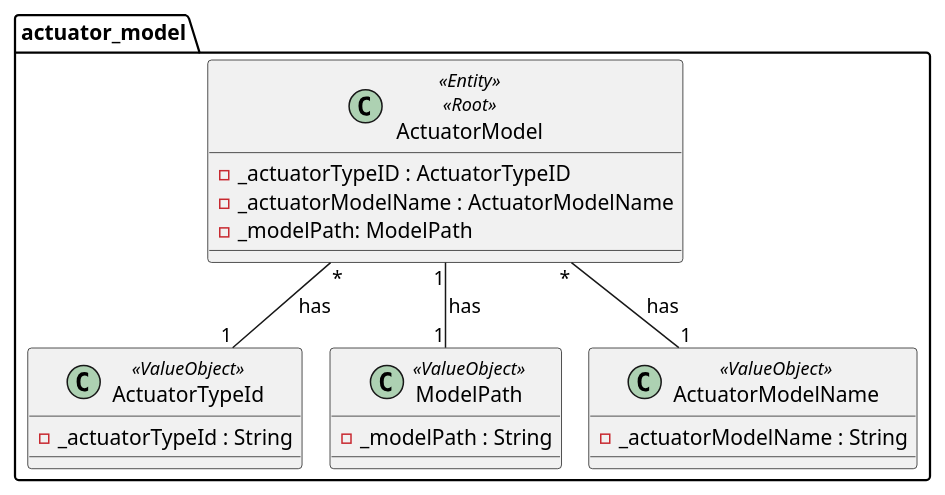
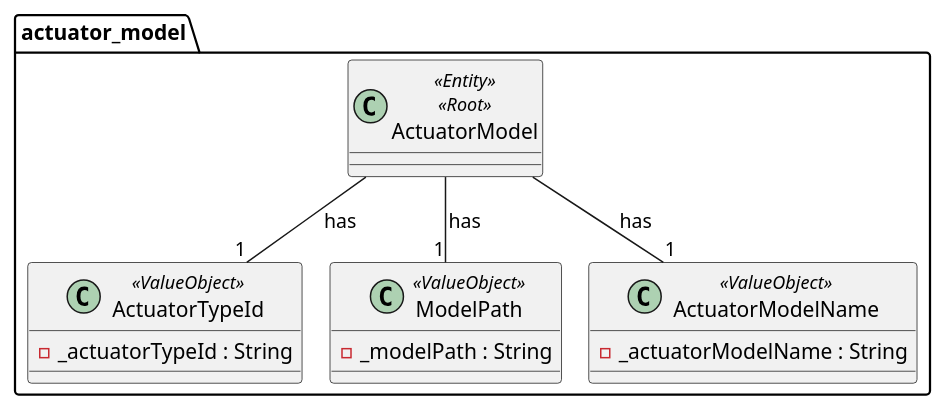
The diagram in docs/ooa/4.agreggateModels/ActuatorModel.puml (olivDiogo/SmartHome), drawn with PlantUML before and after one commit. The commit also changed 10 other files, not shown here.

```diff
--- a/docs/ooa/4.agreggateModels/ActuatorModel.puml
+++ b/docs/ooa/4.agreggateModels/ActuatorModel.puml
@@ -1,29 +1,27 @@
 @startuml
 !pragma layout smetana
 
 package actuator_model{
 
     class ActuatorModel <<Entity>> <<Root>>{
-    - _actuatorTypeID : ActuatorTypeID
-    - _actuatorModelName : ActuatorModelName
-    - _modelPath: ModelPath
+
     }
 
      class ActuatorTypeId <<ValueObject>>{
         - _actuatorTypeId : String
      }
 
      class ModelPath <<ValueObject>>{
         - _modelPath : String
      }
      class ActuatorModelName <<ValueObject>>{
         - _actuatorModelName : String
      }
 }
 
-ActuatorModel "*" -- "1" ActuatorTypeId : has
-ActuatorModel "1" -- "1" ModelPath : has
-ActuatorModel "*" -- "1" ActuatorModelName : has
+ActuatorModel  -- "1" ActuatorTypeId : has
+ActuatorModel  -- "1" ModelPath : has
+ActuatorModel  -- "1" ActuatorModelName : has
 
 
 @enduml
```
